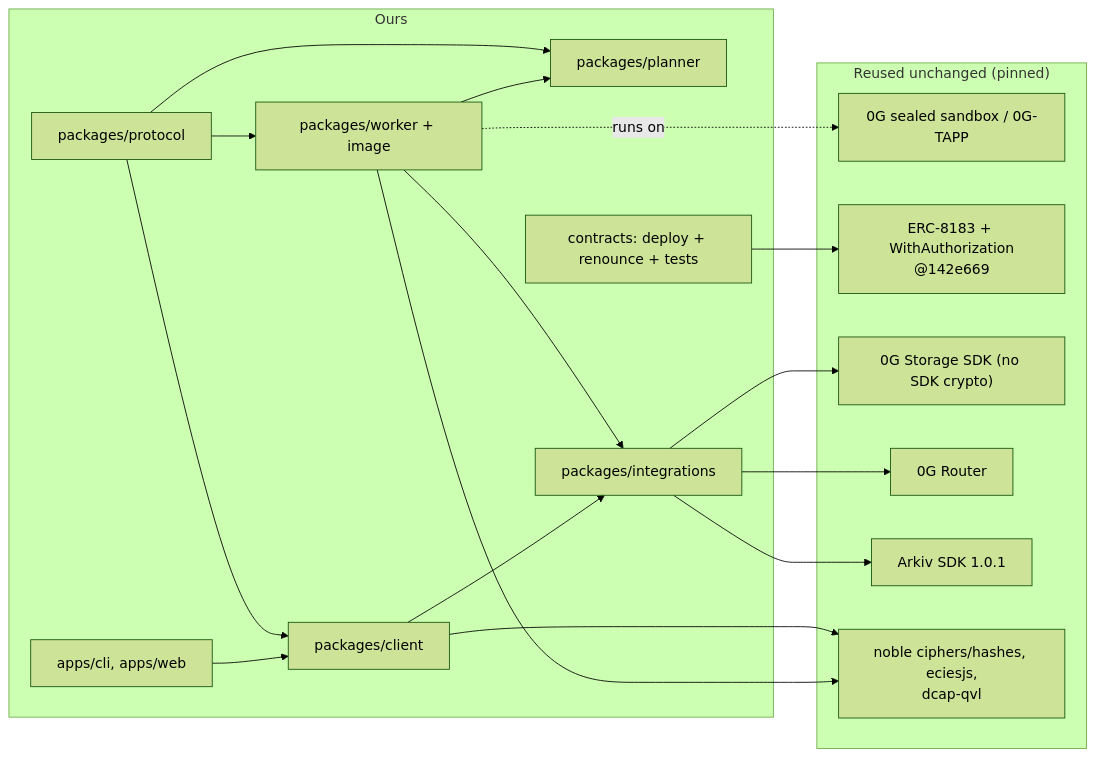
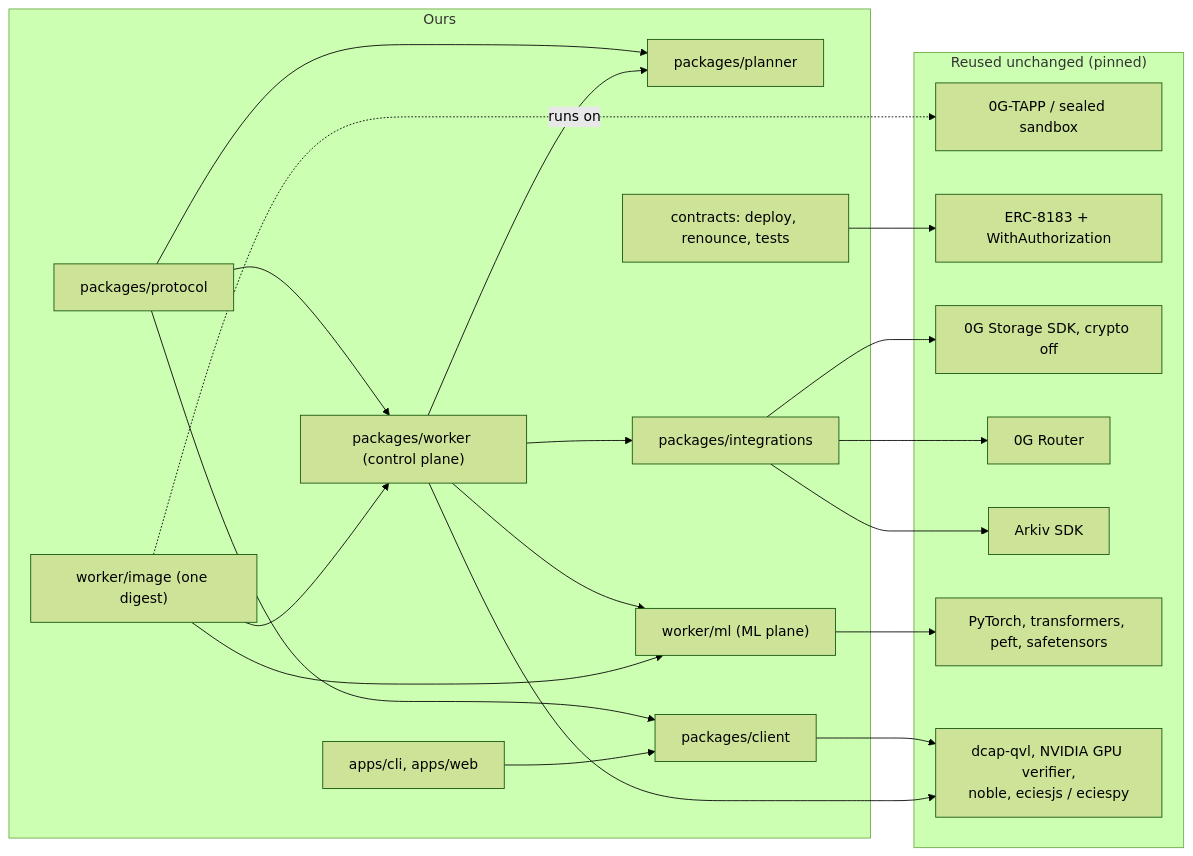
The third of 16 diagrams in docs/ARCHITECTURE.md (Soni-Shivam/Pivot_HTE), drawn with Mermaid (forest theme) before and after one commit. The commit also changed other lines of this file and 7 other files, not shown here.

````diff
--- a/docs/ARCHITECTURE.md
+++ b/docs/ARCHITECTURE.md
@@ -87,29 +81,33 @@
 ```mermaid
 flowchart LR
     subgraph REUSED["Reused unchanged (pinned)"]
-        R1["0G sealed sandbox / 0G-TAPP"]
-        R2["ERC-8183 + WithAuthorization<br/>@142e669"]
-        R3["0G Storage SDK (no SDK crypto)"]
+        R1["0G-TAPP / sealed sandbox"]
+        R2["ERC-8183 + WithAuthorization"]
+        R3["0G Storage SDK, crypto off"]
         R4["0G Router"]
-        R5["Arkiv SDK 1.0.1"]
-        R6["noble ciphers/hashes, eciesjs,<br/>dcap-qvl"]
+        R5["Arkiv SDK"]
+        R6["PyTorch, transformers, peft, safetensors"]
+        R7["dcap-qvl, NVIDIA GPU verifier,<br/>noble, eciesjs / eciespy"]
     end
     subgraph OURS["Ours"]
         P["packages/protocol"]
         PL["packages/planner"]
         CL["packages/client"]
-        W["packages/worker + image"]
+        W["packages/worker (control plane)"]
+        M["worker/ml (ML plane)"]
+        IM["worker/image (one digest)"]
         I["packages/integrations"]
         A["apps/cli, apps/web"]
-        C["contracts: deploy + renounce + tests"]
+        C["contracts: deploy, renounce, tests"]
     end
     P --> PL & CL & W
-    W --> PL & I
-    CL --> I
+    W --> PL & I & M
+    M --> R6
+    CL --> R7
+    W --> R7
+    I --> R3 & R4 & R5
+    C --> R2
+    IM --> W & M
+    IM -. "runs on" .-> R1
     A --> CL
-    I --> R3 & R4 & R5
-    CL --> R6
-    W --> R6
-    C --> R2
-    W -. "runs on" .-> R1
 ```
````
